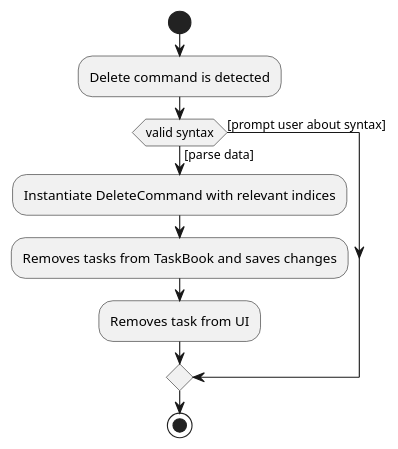
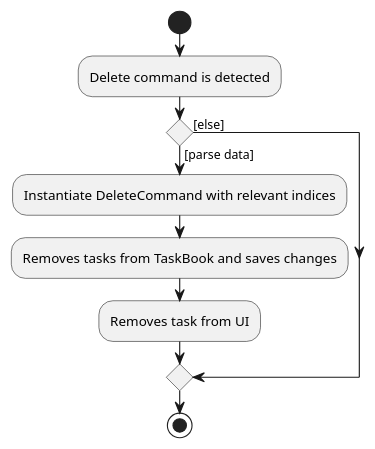
One commit to nus-cs2103-AY2223S2/tp changed the diagram in docs/diagrams/DeleteCommandActivityDiagram.puml. Above: the diagram before and after it, drawn with PlantUML. The commit also changed 1 other file, not shown here.

Commit message:
Resolve minor syntax issues

```diff
--- a/docs/diagrams/DeleteCommandActivityDiagram.puml
+++ b/docs/diagrams/DeleteCommandActivityDiagram.puml
@@ -1,13 +1,13 @@
 @startuml
 start
 
 :Delete command is detected;
 
-if (valid syntax) then ([parse data])
+if () then ([parse data])
     :Instantiate DeleteCommand with relevant indices;
     :Removes tasks from TaskBook and saves changes;
     :Removes task from UI;
-else ([prompt user about syntax])
+else ([else])
 endif
 stop
 @enduml
```
